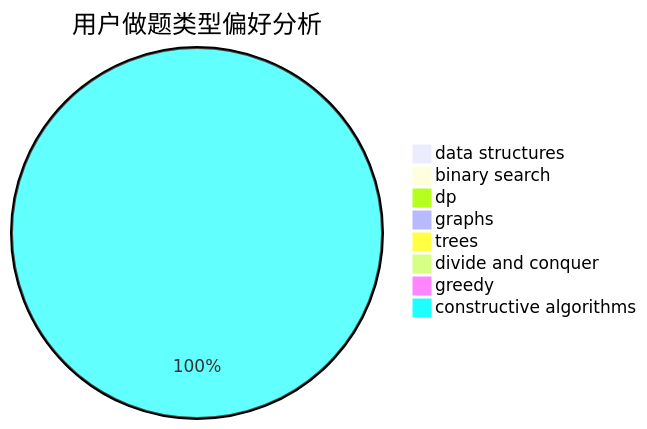
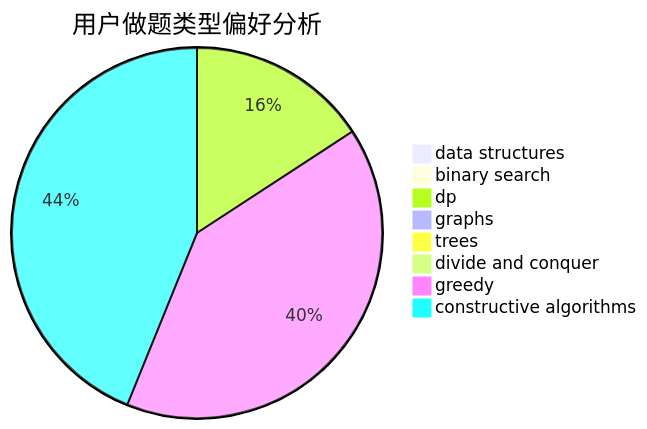
One commit to sherpahu/cfrs.github.io changed the second of 3 diagrams in docs/user/u565.md. Above: the diagram before and after it, drawn with Mermaid. The commit also changed other lines of this file and 2770 other files, not shown here.

````diff
--- a/docs/user/u565.md
+++ b/docs/user/u565.md
@@ -23,11 +23,11 @@
 ```mermaid
 pie title 用户做题类型偏好分析
     "data structures" :  0
     "binary search" :  0
-    "dp" :  0
+    "dp" :  9
     "graphs" :  0
     "trees" :  0
     "divide and conquer" :  0
-    "greedy" :  0
-    "constructive algorithms" :  16
+    "greedy" :  23
+    "constructive algorithms" :  25
 ```
````
